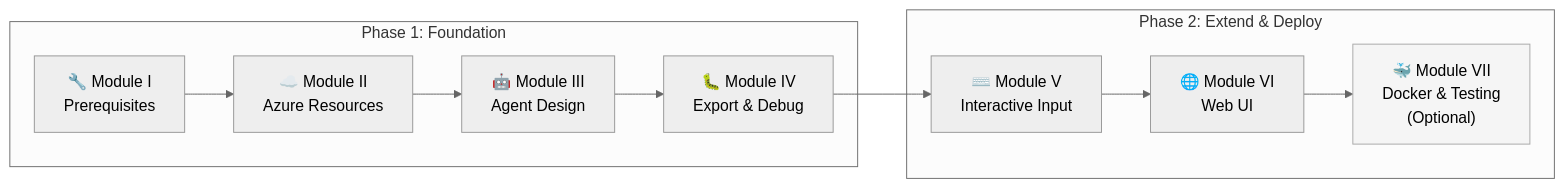
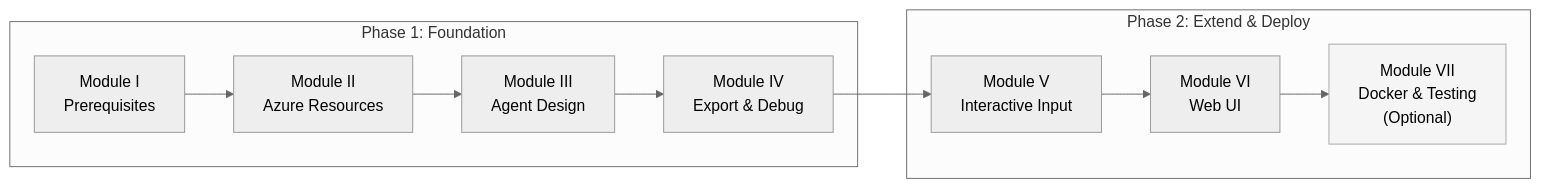
Before and after one commit to ADKWDHQWQHDQI/Agent-using-GHCP: the first of 2 diagrams in README.md, drawn with Mermaid (neutral theme). The commit also changed other lines of this file and 6 other files, not shown here.

````diff
--- a/README.md
+++ b/README.md
@@ -46,11 +46,11 @@
 ```mermaid
 flowchart LR
     subgraph F1["Phase 1: Foundation"]
-        I["🔧 Module I\nPrerequisites"] --> II["☁️ Module II\nAzure Resources"] --> III["🤖 Module III\nAgent Design"] --> IV["🐛 Module IV\nExport & Debug"]
+        I[" Module I\nPrerequisites"] --> II[" Module II\nAzure Resources"] --> III[" Module III\nAgent Design"] --> IV[" Module IV\nExport & Debug"]
     end
     subgraph F2["Phase 2: Extend & Deploy"]
-        V["⌨️ Module V\nInteractive Input"] --> VI["🌐 Module VI\nWeb UI"] --> VII["🐳 Module VII\nDocker & Testing\n(Optional)"]
+        V[" Module V\nInteractive Input"] --> VI[" Module VI\nWeb UI"] --> VII[" Module VII\nDocker & Testing\n(Optional)"]
     end
     IV --> V
     style VII fill:#f5f5f5,stroke:#aaaaaa
 ```
````
